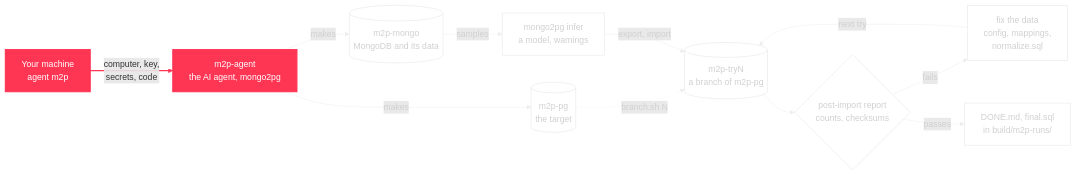
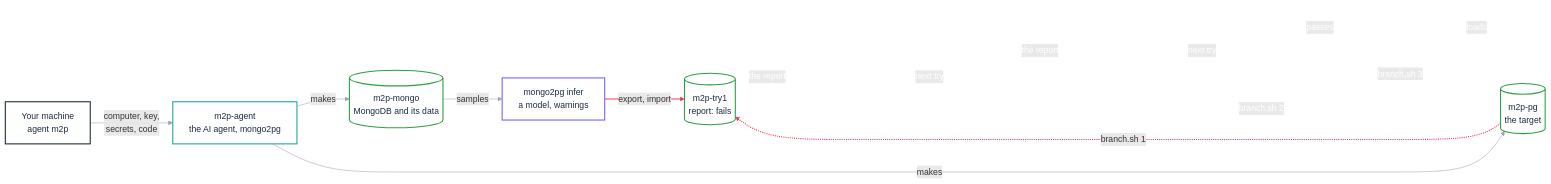
The fourth of 17 diagrams in docs/presentation.md (bertrandcedric/nevia-agent), drawn with Mermaid before and after one commit. The commit also changed other lines of this file and 7 other files, not shown here.

````diff
--- a/docs/presentation.md
+++ b/docs/presentation.md
@@ -124,37 +309,53 @@
 ```mermaid
 flowchart LR
     you["Your machine<br/>agent m2p"]
     agent["m2p-agent<br/>the AI agent, mongo2pg"]
     mongo[("m2p-mongo<br/>MongoDB and its data")]
     pg[("m2p-pg<br/>the target")]
     infer["mongo2pg infer<br/>a model, warnings"]
-    branch[("m2p-tryN<br/>a branch of m2p-pg")]
-    report{"post-import report<br/>counts, checksums"}
-    fix["fix the data<br/>config, mappings,<br/>normalize.sql"]
+    t1[("m2p-try1<br/>report: fails")]
+    f1["analyse, fix<br/>SQL, or the model"]
+    t2[("m2p-try2<br/>report: fails")]
+    f2["analyse, fix<br/>SQL, or the model"]
+    t3[("m2p-try3<br/>report: passes")]
     finish["DONE.md, final.sql<br/>in build/m2p-runs/"]
     you -->|"computer, key,<br/>secrets, code"| agent
     agent -->|"makes"| mongo
     agent -->|"makes"| pg
     mongo -->|"samples"| infer
-    pg -.->|"branch.sh N"| branch
-    infer -->|"export, import"| branch
-    branch --> report
-    report -->|"fails"| fix
-    fix -->|"next try"| branch
-    report -->|"passes"| finish
-    classDef now fill:#ff3554,stroke:#ff3554,color:#fff,stroke-width:2px
-    classDef done fill:#e8eef7,stroke:#4a6fa5,color:#1b2a41
-    classDef todo fill:#fff,stroke:#e6e6e6,color:#d0d0d0
-    class you,agent now
-    class mongo,pg,infer,branch,report,fix,finish todo
-    linkStyle 0 stroke:#ff3554,stroke-width:2px
-    linkStyle 1 stroke:#eeeeee,color:#d0d0d0
-    linkStyle 2 stroke:#eeeeee,color:#d0d0d0
-    linkStyle 3 stroke:#eeeeee,color:#d0d0d0
-    linkStyle 4 stroke:#eeeeee,color:#d0d0d0
-    linkStyle 5 stroke:#eeeeee,color:#d0d0d0
-    linkStyle 6 stroke:#eeeeee,color:#d0d0d0
-    linkStyle 7 stroke:#eeeeee,color:#d0d0d0
-    linkStyle 8 stroke:#eeeeee,color:#d0d0d0
-    linkStyle 9 stroke:#eeeeee,color:#d0d0d0
+    infer -->|"export, import"| t1
+    pg -.->|"branch.sh 1"| t1
+    t1 -->|"the report"| f1
+    f1 -->|"next try"| t2
+    pg -.->|"branch.sh 2"| t2
+    t2 -->|"the report"| f2
+    f2 -->|"next try"| t3
+    pg -.->|"branch.sh 3"| t3
+    t3 -->|"passes"| finish
+    finish -->|"loads"| pg
+    classDef kyou fill:#fff,stroke:#1b2a41,color:#1b2a41,stroke-width:2px
+    classDef kcomputer fill:#fff,stroke:#1fa5a3,color:#1b2a41,stroke-width:2px
+    classDef kdb fill:#fff,stroke:#2e9e44,color:#1b2a41,stroke-width:2px
+    classDef kai fill:#fff,stroke:#6f64ff,color:#1b2a41,stroke-width:2px
+    classDef kresult fill:#fff,stroke:#e8833a,color:#1b2a41,stroke-width:2px
+    classDef todo fill:#fff,stroke:#fff,color:#fff
+    class you kyou
+    class agent kcomputer
+    class mongo,pg,t1 kdb
+    class infer kai
+    class f1,t2,f2,t3,finish todo
+    linkStyle 0 stroke:#9aa5b8
+    linkStyle 1 stroke:#9aa5b8
+    linkStyle 2 stroke:#9aa5b8
+    linkStyle 3 stroke:#9aa5b8
+    linkStyle 4 stroke:#ff3554,stroke-width:2px
+    linkStyle 5 stroke:#ff3554,stroke-width:2px
+    linkStyle 6 stroke:#fff,color:#fff
+    linkStyle 7 stroke:#fff,color:#fff
+    linkStyle 8 stroke:#fff,color:#fff
+    linkStyle 9 stroke:#fff,color:#fff
+    linkStyle 10 stroke:#fff,color:#fff
+    linkStyle 11 stroke:#fff,color:#fff
+    linkStyle 12 stroke:#fff,color:#fff
+    linkStyle 13 stroke:#fff,color:#fff
 ```
````
